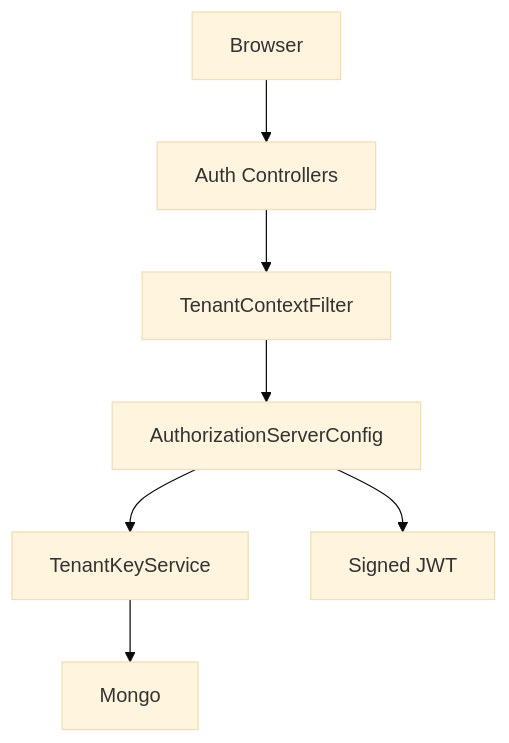
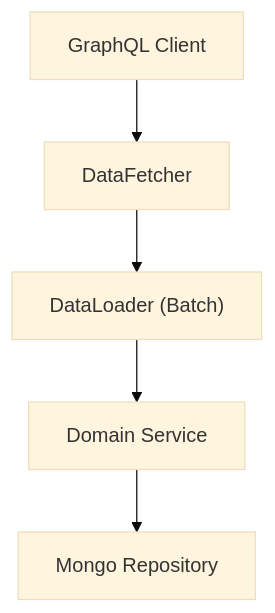
Before and after one commit to flamingo-stack/openframe-oss-lib: the fourth of 8 diagrams in docs/reference/architecture/README.md, drawn with Mermaid (base theme). The commit also changed other lines of this file and 1809 other files, not shown here.

````diff
--- a/docs/reference/architecture/README.md
+++ b/docs/reference/architecture/README.md
@@ -162,9 +149,7 @@
 ```mermaid
 flowchart TD
-    Browser --> AuthController["Auth Controllers"]
-    AuthController --> TenantContext["TenantContextFilter"]
-    TenantContext --> AuthServer["AuthorizationServerConfig"]
-    AuthServer --> TenantKeyService["TenantKeyService"]
-    TenantKeyService --> Mongo
-    AuthServer --> JWT["Signed JWT"]
+    Client["GraphQL Client"] --> Fetcher["DataFetcher"]
+    Fetcher --> Loader["DataLoader (Batch)"]
+    Loader --> Service["Domain Service"]
+    Service --> Repo["Mongo Repository"]
 ```
````
